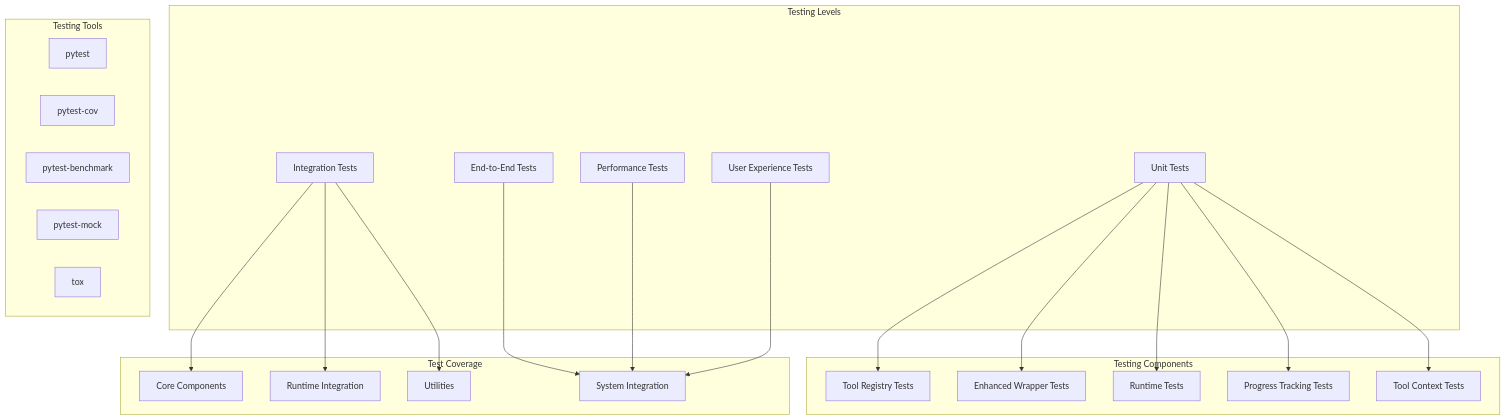
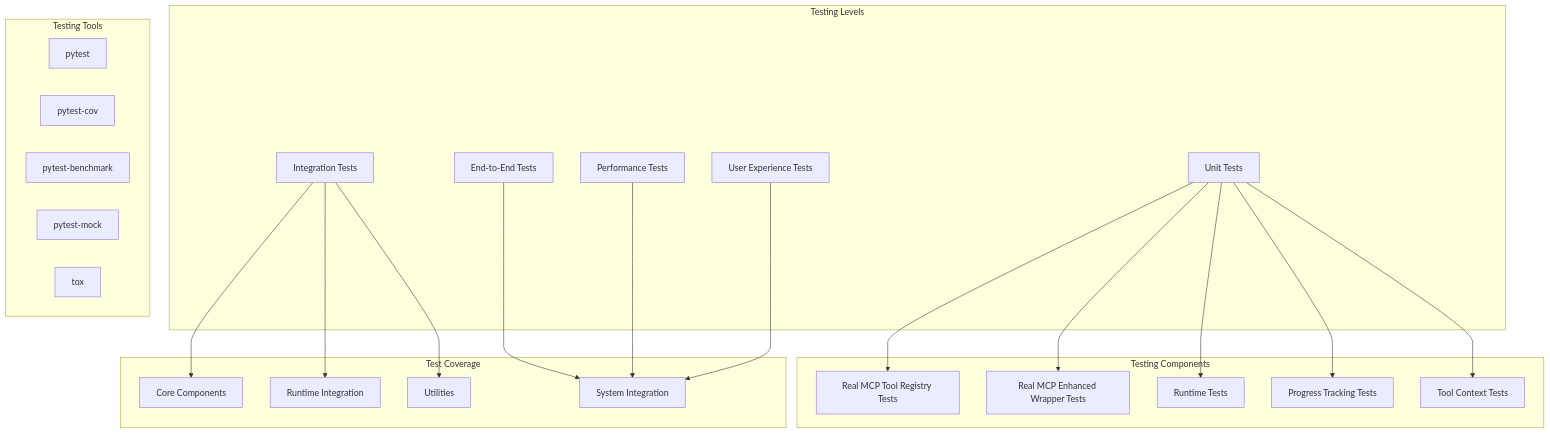
The diagram in docs/.implementation_design/phase2.5_semantic_progress_tools/testing/README.md (agentplug/agenthub), drawn with Mermaid before and after one commit. The commit also changed other lines of this file and 14 other files, not shown here.

First line of the commit message:
docs: update design documents for real MCP implementation

````diff
--- a/docs/.implementation_design/phase2.5_semantic_progress_tools/testing/README.md
+++ b/docs/.implementation_design/phase2.5_semantic_progress_tools/testing/README.md
@@ -18,45 +18,45 @@
 ```mermaid
 graph TB
     subgraph "Testing Levels"
         UT[Unit Tests]
         IT[Integration Tests]
         E2E[End-to-End Tests]
         PT[Performance Tests]
         UET[User Experience Tests]
     end
 
     subgraph "Testing Components"
-        TR[Tool Registry Tests]
-        EAW[Enhanced Wrapper Tests]
+        TR[Real MCP Tool Registry Tests]
+        EAW[Real MCP Enhanced Wrapper Tests]
         RT[Runtime Tests]
         SPT[Progress Tracking Tests]
         TC[Tool Context Tests]
     end
 
     subgraph "Testing Tools"
         PYTEST[pytest]
         COV[pytest-cov]
         BENCH[pytest-benchmark]
         MOCK[pytest-mock]
         TOX[tox]
     end
 
     subgraph "Test Coverage"
         CORE[Core Components]
         RUNTIME[Runtime Integration]
         UTILS[Utilities]
         INTEGRATION[System Integration]
     end
 
     UT --> TR
     UT --> EAW
     UT --> RT
     UT --> SPT
     UT --> TC
     IT --> CORE
     IT --> RUNTIME
     IT --> UTILS
     E2E --> INTEGRATION
     PT --> INTEGRATION
     UET --> INTEGRATION
 ```
````
